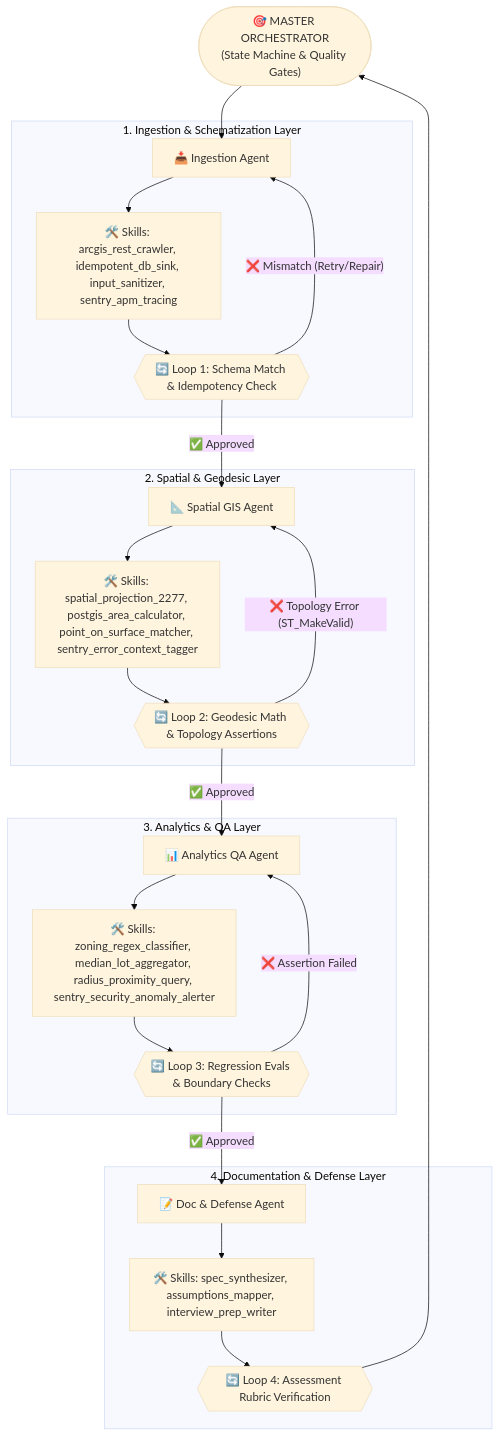
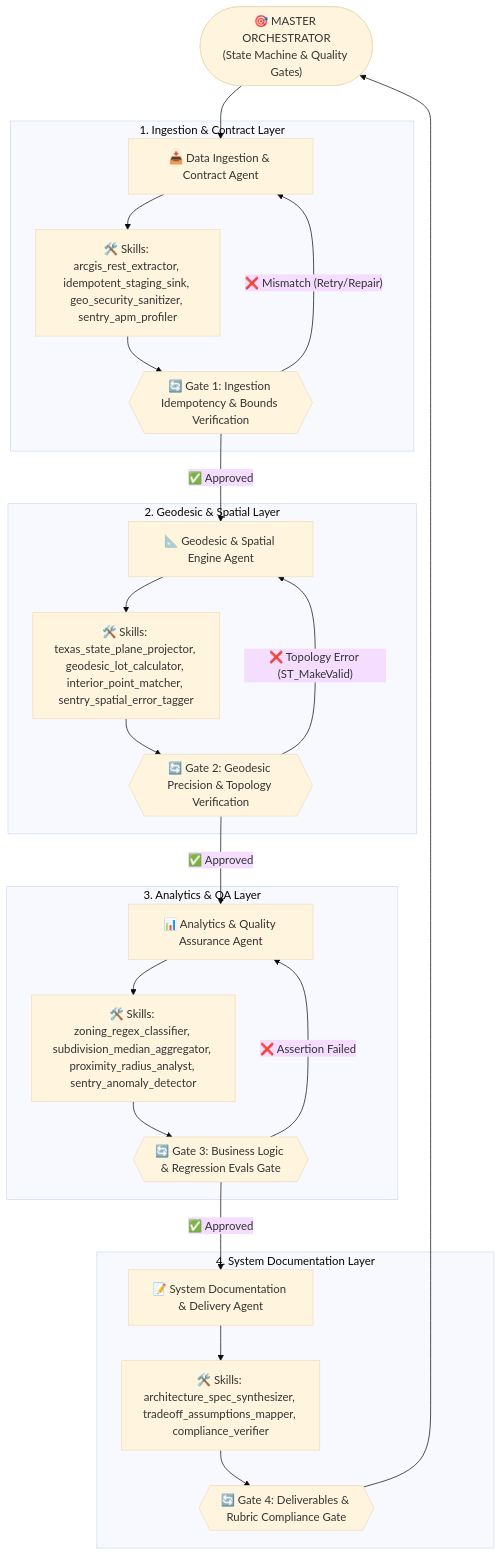
One commit to okimjae/Bytenana-test changed the diagram in AGENTS.md. Above: the diagram before and after it, drawn with Mermaid (base theme). The commit also changed other lines of this file and 3 other files, not shown here.

Commit message:
docs(agents): refine agent roles, specialized skills and quality gate nomenclatures

````diff
--- a/AGENTS.md
+++ b/AGENTS.md
@@ -7,43 +7,43 @@
 ```mermaid
 flowchart TD
     Orchestrator(["🎯 MASTER ORCHESTRATOR\n(State Machine & Quality Gates)"])
 
-    subgraph Phase1 ["1. Ingestion & Schematization Layer"]
-        A_Ingest["📥 Ingestion Agent"]
-        S_Ingest["🛠️ Skills: arcgis_rest_crawler, idempotent_db_sink, input_sanitizer, sentry_apm_tracing"]
-        L_Ingest{{"🔄 Loop 1: Schema Match & Idempotency Check"}}
+    subgraph Phase1 ["1. Ingestion & Contract Layer"]
+        A_Ingest["📥 Data Ingestion & Contract Agent"]
+        S_Ingest["🛠️ Skills: arcgis_rest_extractor, idempotent_staging_sink, geo_security_sanitizer, sentry_apm_profiler"]
+        L_Ingest{{"🔄 Gate 1: Ingestion Idempotency & Bounds Verification"}}
     end
 
-    subgraph Phase2 ["2. Spatial & Geodesic Layer"]
-        A_Spatial["📐 Spatial GIS Agent"]
-        S_Spatial["🛠️ Skills: spatial_projection_2277, postgis_area_calculator, point_on_surface_matcher, sentry_error_context_tagger"]
-        L_Spatial{{"🔄 Loop 2: Geodesic Math & Topology Assertions"}}
+    subgraph Phase2 ["2. Geodesic & Spatial Layer"]
+        A_Spatial["📐 Geodesic & Spatial Engine Agent"]
+        S_Spatial["🛠️ Skills: texas_state_plane_projector, geodesic_lot_calculator, interior_point_matcher, sentry_spatial_error_tagger"]
+        L_Spatial{{"🔄 Gate 2: Geodesic Precision & Topology Verification"}}
     end
 
     subgraph Phase3 ["3. Analytics & QA Layer"]
-        A_Analytics["📊 Analytics QA Agent"]
-        S_Analytics["🛠️ Skills: zoning_regex_classifier, median_lot_aggregator, radius_proximity_query, sentry_security_anomaly_alerter"]
-        L_Analytics{{"🔄 Loop 3: Regression Evals & Boundary Checks"}}
+        A_Analytics["📊 Analytics & Quality Assurance Agent"]
+        S_Analytics["🛠️ Skills: zoning_regex_classifier, subdivision_median_aggregator, proximity_radius_analyst, sentry_anomaly_detector"]
+        L_Analytics{{"🔄 Gate 3: Business Logic & Regression Evals Gate"}}
     end
 
-    subgraph Phase4 ["4. Documentation & Defense Layer"]
-        A_Docs["📝 Doc & Defense Agent"]
-        S_Docs["🛠️ Skills: spec_synthesizer, assumptions_mapper, interview_prep_writer"]
-        L_Docs{{"🔄 Loop 4: Assessment Rubric Verification"}}
+    subgraph Phase4 ["4. System Documentation Layer"]
+        A_Docs["📝 System Documentation & Delivery Agent"]
+        S_Docs["🛠️ Skills: architecture_spec_synthesizer, tradeoff_assumptions_mapper, compliance_verifier"]
+        L_Docs{{"🔄 Gate 4: Deliverables & Rubric Compliance Gate"}}
     end
 
     Orchestrator --> A_Ingest
     A_Ingest --> S_Ingest --> L_Ingest
     L_Ingest -- "❌ Mismatch (Retry/Repair)" --> A_Ingest
     L_Ingest -- "✅ Approved" --> A_Spatial
 
     A_Spatial --> S_Spatial --> L_Spatial
     L_Spatial -- "❌ Topology Error (ST_MakeValid)" --> A_Spatial
     L_Spatial -- "✅ Approved" --> A_Analytics
 
     A_Analytics --> S_Analytics --> L_Analytics
     L_Analytics -- "❌ Assertion Failed" --> A_Analytics
     L_Analytics -- "✅ Approved" --> A_Docs
 
     A_Docs --> S_Docs --> L_Docs --> Orchestrator
 ```
````
